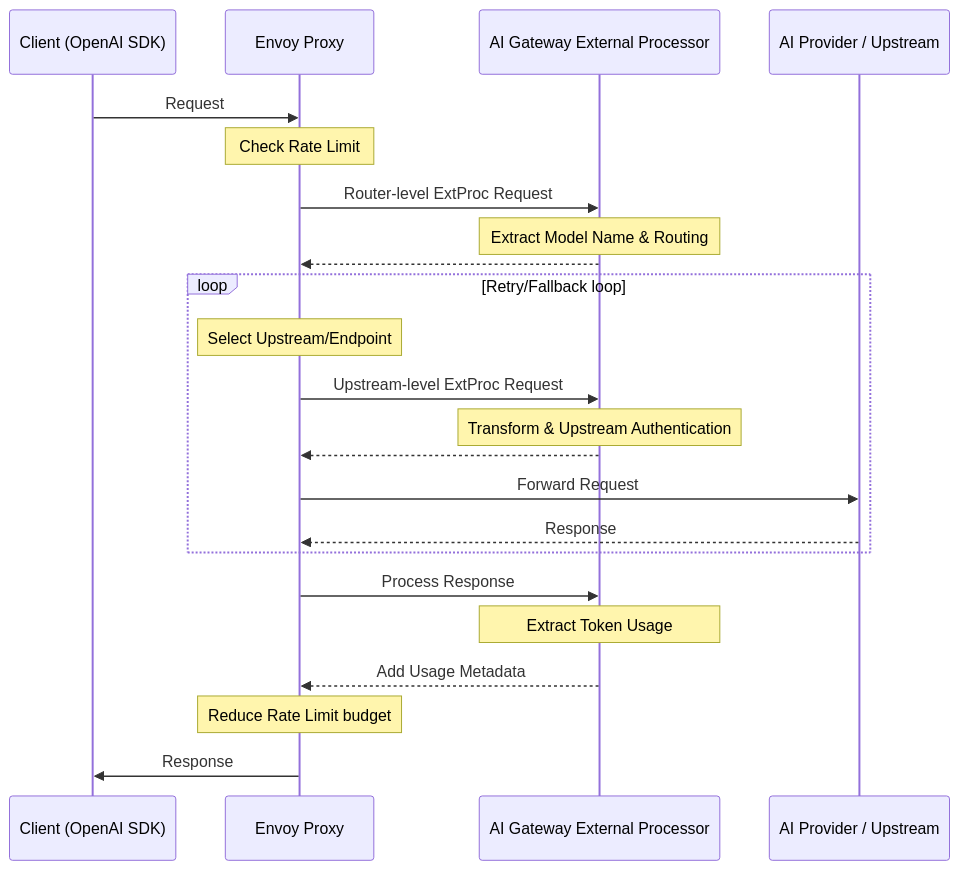
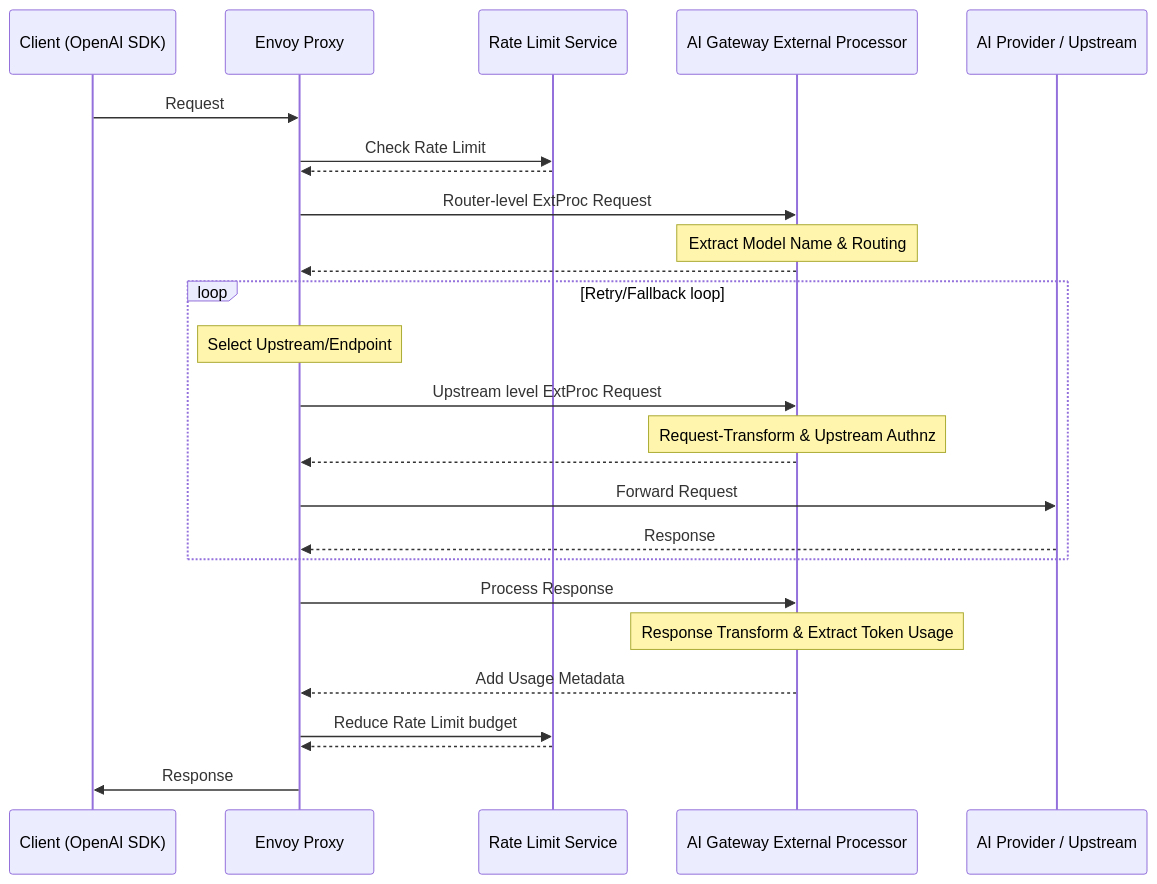
Before and after one commit to yduwcui/ai-gateway: the diagram in site/docs/concepts/architecture/data-plane.md, drawn with Mermaid. The commit also changed other lines of this file and 15 other files, not shown here.

````diff
--- a/site/docs/concepts/architecture/data-plane.md
+++ b/site/docs/concepts/architecture/data-plane.md
@@ -82,26 +48,29 @@
 ```mermaid
 sequenceDiagram
     participant Client as Client (OpenAI SDK)
     participant Envoy as Envoy Proxy
+    participant RLS as Rate Limit Service
     participant Processor as AI Gateway External Processor
     participant Provider as AI Provider / Upstream
 
     Client->>Envoy: Request
-    Note over Envoy: Check Rate Limit
+    Envoy->>RLS: Check Rate Limit
+    RLS-->>Envoy: ;
     Envoy->>Processor: Router-level ExtProc Request
     Note over Processor: Extract Model Name & Routing
     Processor-->>Envoy: ;
     loop Retry/Fallback loop
         Note over Envoy: Select Upstream/Endpoint
-        Envoy->>Processor: Upstream-level ExtProc Request
-        Note over Processor: Transform & Upstream Authentication
+        Envoy->>Processor: Upstream level ExtProc Request
+        Note over Processor: Request-Transform & Upstream Authnz
         Processor-->>Envoy: ;
         Envoy->>Provider: Forward Request
         Provider-->>Envoy: Response
     end
     Envoy->>Processor: Process Response
-    Note over Processor: Extract Token Usage
+    Note over Processor: Response Transform & Extract Token Usage
     Processor-->>Envoy: Add Usage Metadata
-    Note over Envoy: Reduce Rate Limit budget
+    Envoy->>RLS: Reduce Rate Limit budget
+    RLS-->>Envoy: ;
     Envoy->>Client: Response
 ```
````
